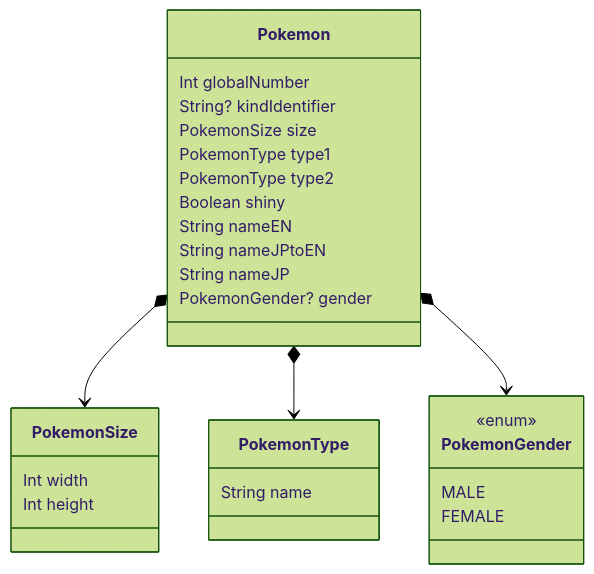
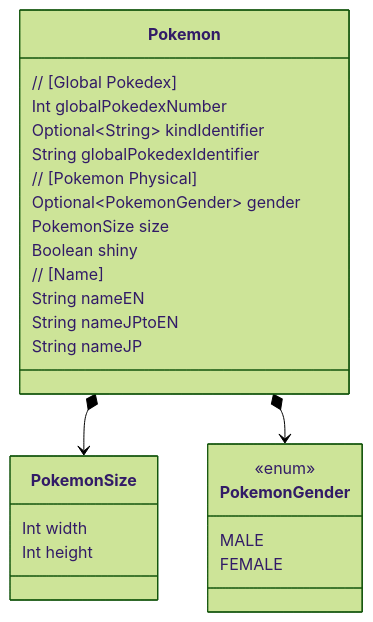
One commit to O6lvl4/pokemon-doc changed the diagram in pokemon-class.md. Above: the diagram before and after it, drawn with Mermaid (forest theme).

Commit message:
Refine pokemon physical fields

````diff
--- a/pokemon-class.md
+++ b/pokemon-class.md
@@ -1,34 +1,31 @@
 ```mermaid
 classDiagram
 
     class Pokemon {
-        Int globalNumber
-        String? kindIdentifier
+        // [Global Pokedex]
+        Int globalPokedexNumber
+        Optional~String~ kindIdentifier
+        String globalPokedexIdentifier
+        // [Pokemon Physical]
+        Optional~PokemonGender~ gender
         PokemonSize size
-        PokemonType type1
-        PokemonType type2
         Boolean shiny
+        // [Name]
         String nameEN
         String nameJPtoEN
         String nameJP
-        PokemonGender? gender
     }
     Pokemon *--> PokemonSize
-    Pokemon *--> PokemonType
     Pokemon *--> PokemonGender
 
     class PokemonSize {
         Int width
         Int height
-    }
-
-    class PokemonType {
-        String name
     }
 
     class PokemonGender {
         <<enum>>
         MALE
         FEMALE
     }
 ```
````
